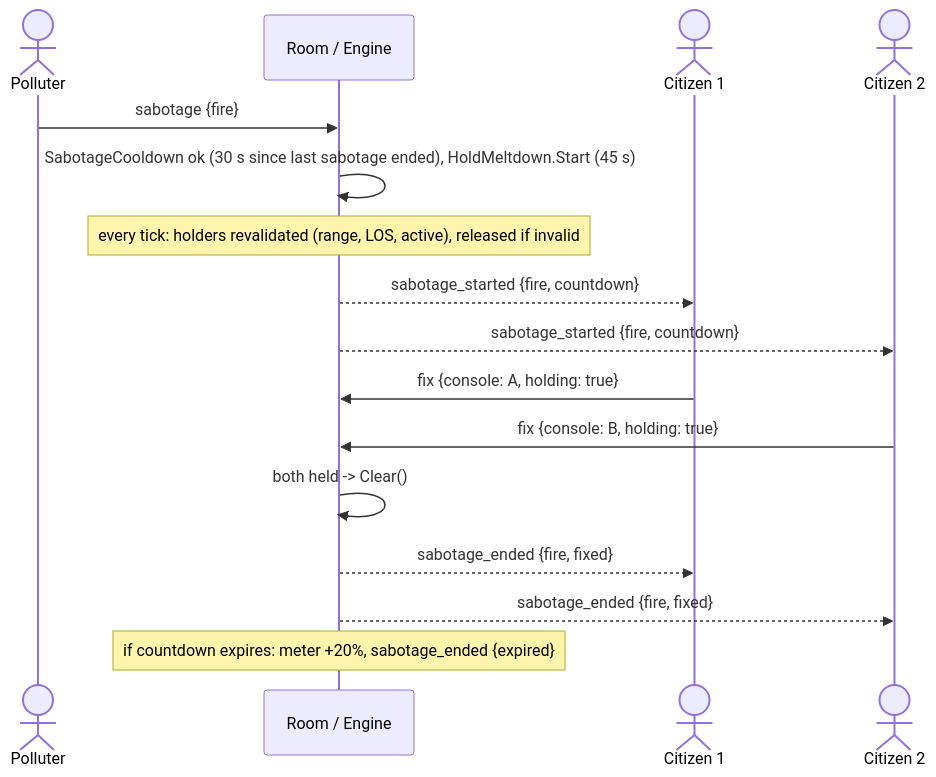
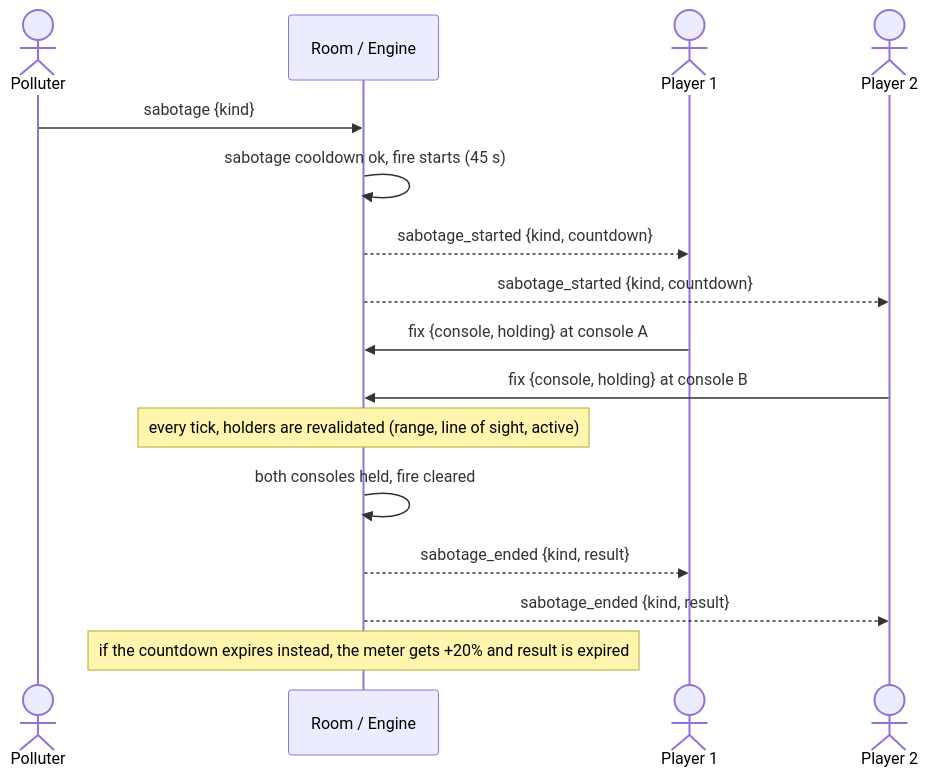
Before and after one commit to Faouzi-Blibech/EcoSus-Uncycled: the eighth of 11 diagrams in docs/architecture/05-sequences.md, drawn with Mermaid. The commit also changed other lines of this file and 11 other files, not shown here.

Commit message:
docs: second design review (2026-11-14) for the architecture views and the design spec

````diff
--- a/docs/architecture/05-sequences.md
+++ b/docs/architecture/05-sequences.md
@@ -175,18 +186,18 @@
 ```mermaid
 sequenceDiagram
     actor X as Polluter
     participant R as Room / Engine
-    actor C1 as Citizen 1
-    actor C2 as Citizen 2
-    X->>R: sabotage {fire}
-    R->>R: SabotageCooldown ok (30 s since last sabotage ended), HoldMeltdown.Start (45 s)
-    Note over R: every tick: holders revalidated (range, LOS, active), released if invalid
-    R-->>C1: sabotage_started {fire, countdown}
-    R-->>C2: sabotage_started {fire, countdown}
-    C1->>R: fix {console: A, holding: true}
-    C2->>R: fix {console: B, holding: true}
-    R->>R: both held -> Clear()
-    R-->>C1: sabotage_ended {fire, fixed}
-    R-->>C2: sabotage_ended {fire, fixed}
-    Note over R: if countdown expires: meter +20%, sabotage_ended {expired}
+    actor C1 as Player 1
+    actor C2 as Player 2
+    X->>R: sabotage {kind}
+    R->>R: sabotage cooldown ok, fire starts (45 s)
+    R-->>C1: sabotage_started {kind, countdown}
+    R-->>C2: sabotage_started {kind, countdown}
+    C1->>R: fix {console, holding} at console A
+    C2->>R: fix {console, holding} at console B
+    Note over R: every tick, holders are revalidated (range, line of sight, active)
+    R->>R: both consoles held, fire cleared
+    R-->>C1: sabotage_ended {kind, result}
+    R-->>C2: sabotage_ended {kind, result}
+    Note over R: if the countdown expires instead, the meter gets +20% and result is expired
 ```
````
